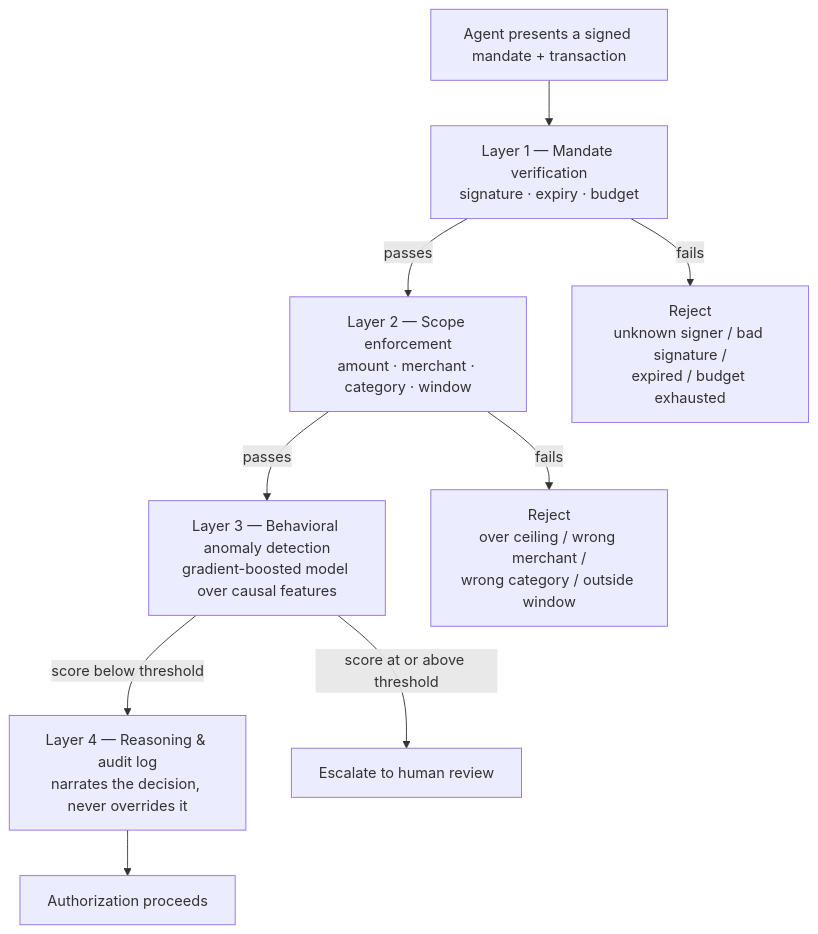
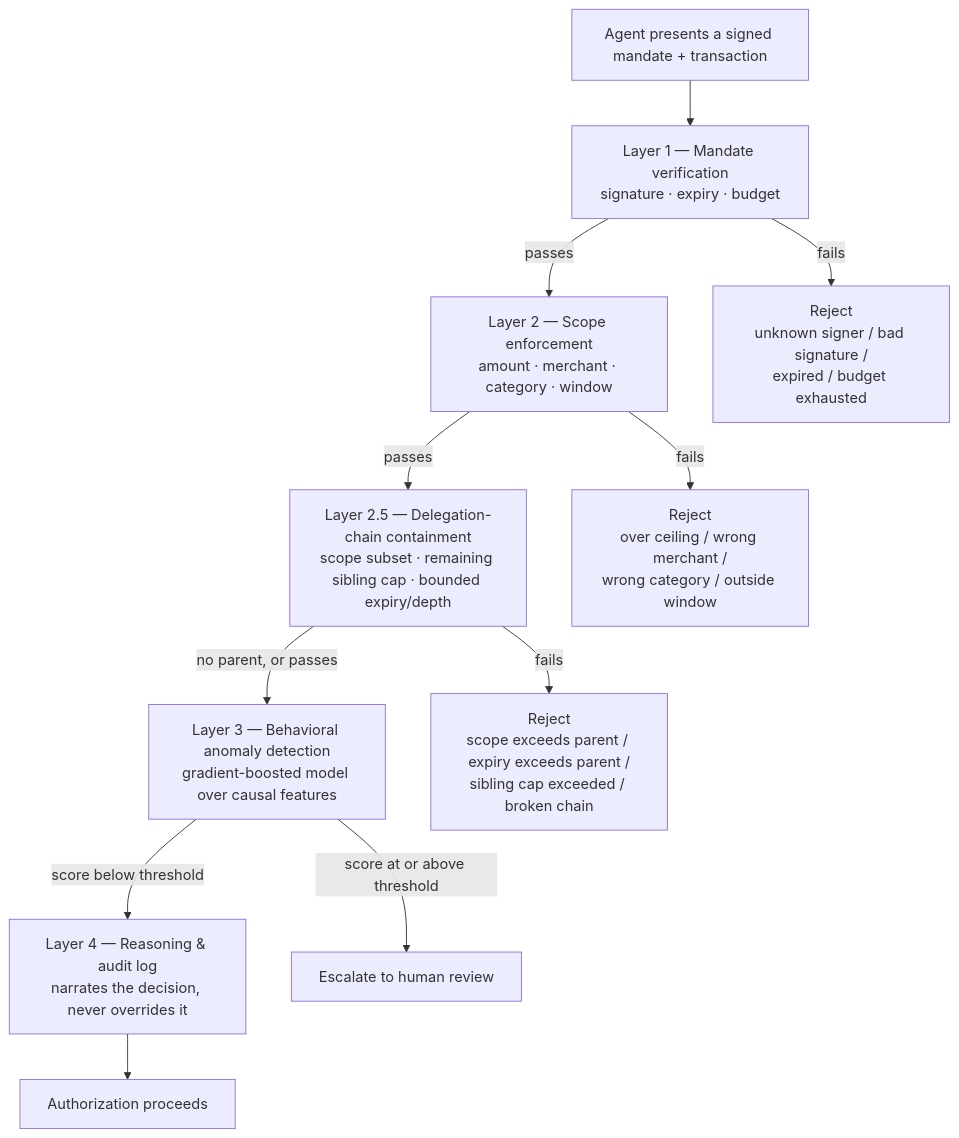
The first of 2 diagrams in README.md (cfcmadlad/agentic-commerce-sentinel), drawn with Mermaid before and after one commit. The commit also changed other lines of this file and 51 other files, not shown here.

Commit message:
Add delegation-chain containment, formal verification of deterministic layers, and collusion-ring detection; fix a mandate-ID seed collision and sync the frontend to corrected held-out numbers

````diff
--- a/README.md
+++ b/README.md
@@ -74,15 +75,18 @@
 ```mermaid
 flowchart TD
     A["Agent presents a signed mandate + transaction"] --> L1
 
     L1["Layer 1 — Mandate verification\nsignature · expiry · budget"] -->|passes| L2
     L1 -->|fails| R1["Reject\nunknown signer / bad signature /\nexpired / budget exhausted"]
 
-    L2["Layer 2 — Scope enforcement\namount · merchant · category · window"] -->|passes| L3
+    L2["Layer 2 — Scope enforcement\namount · merchant · category · window"] -->|passes| L25
     L2 -->|fails| R2["Reject\nover ceiling / wrong merchant /\nwrong category / outside window"]
+
+    L25["Layer 2.5 — Delegation-chain containment\nscope subset · remaining sibling cap · bounded expiry/depth"] -->|no parent, or passes| L3
+    L25 -->|fails| R25["Reject\nscope exceeds parent / expiry exceeds parent /\nsibling cap exceeded / broken chain"]
 
     L3["Layer 3 — Behavioral anomaly detection\ngradient-boosted model over causal features"] -->|score below threshold| L4
     L3 -->|score at or above threshold| ESC["Escalate to human review"]
 
     L4["Layer 4 — Reasoning & audit log\nnarrates the decision, never overrides it"] --> OUT["Authorization proceeds"]
 ```
````
